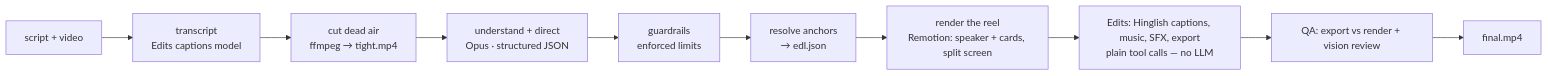
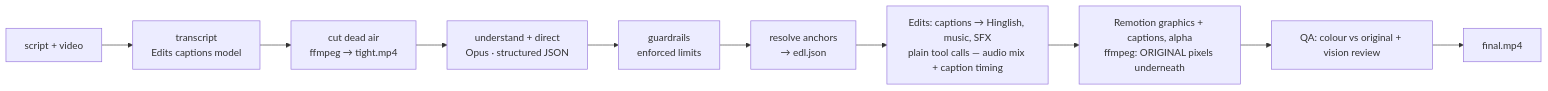
One commit to yashm1/instaedits changed the diagram in docs/architecture.md. Above: the diagram before and after it, drawn with Mermaid. The commit also changed other lines of this file and 17 other files, not shown here.

First line of the commit message:
fix: keep the camera's original colour — the speaker is never re-encoded by Chrome or Edits

````diff
--- a/docs/architecture.md
+++ b/docs/architecture.md
@@ -5,12 +5,12 @@
 ```mermaid
 flowchart LR
   A[script + video] --> B[transcript<br/>Edits captions model]
   B --> C[cut dead air<br/>ffmpeg → tight.mp4]
   C --> D[understand + direct<br/>Opus · structured JSON]
   D --> G[guardrails<br/>enforced limits]
   G --> E[resolve anchors<br/>→ edl.json]
-  E --> F[render the reel<br/>Remotion: speaker + cards, split screen]
-  F --> H[Edits: Hinglish captions, music, SFX, export<br/>plain tool calls — no LLM]
-  H --> Q[QA: export vs render + vision review]
+  E --> H[Edits: captions → Hinglish, music, SFX<br/>plain tool calls — audio mix + caption timing]
+  H --> F[Remotion graphics + captions, alpha<br/>ffmpeg: ORIGINAL pixels underneath]
+  F --> Q[QA: colour vs original + vision review]
   Q --> I[final.mp4]
 ```
````
